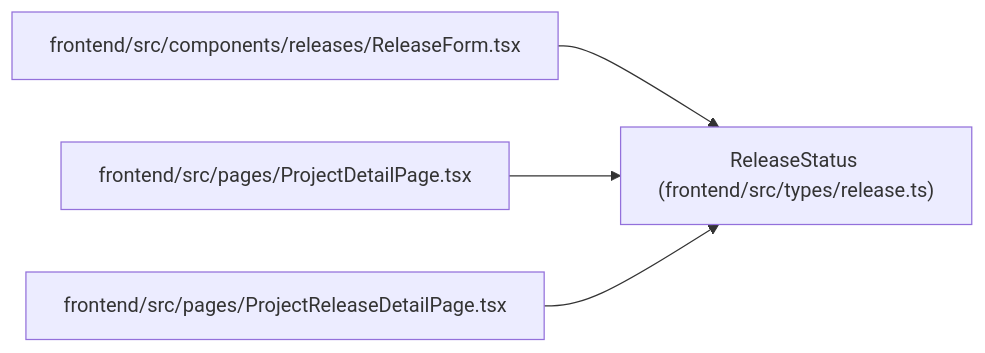
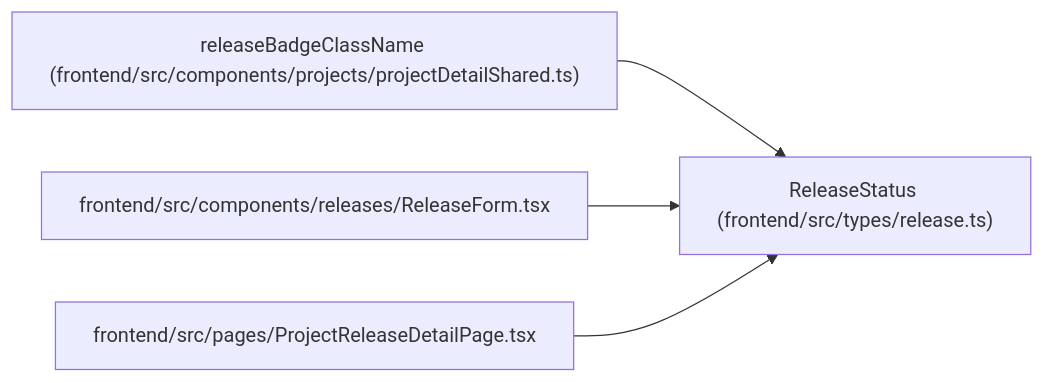
One commit to Denissvgn/WorkChord changed the diagram in docs/llm_wiki/entities/types_release_ReleaseStatus.md. Above: the diagram before and after it, drawn with Mermaid. The commit also changed other lines of this file and 2373 other files, not shown here.

````diff
--- a/docs/llm_wiki/entities/types_release_ReleaseStatus.md
+++ b/docs/llm_wiki/entities/types_release_ReleaseStatus.md
@@ -28,14 +28,14 @@
 ```mermaid
 flowchart LR
     n0["ReleaseStatus (frontend/src/types/release.ts)"]
-    n1["frontend/src/components/releases/ReleaseForm.tsx"]
-    n2["frontend/src/pages/ProjectDetailPage.tsx"]
+    n1["releaseBadgeClassName (frontend/src/components/projects/projectDetailShared.ts)"]
+    n2["frontend/src/components/releases/ReleaseForm.tsx"]
     n3["frontend/src/pages/ProjectReleaseDetailPage.tsx"]
     n1 --> n0
     n2 --> n0
     n3 --> n0
     click n0 "../modules/types_release.md"
-    click n1 "../modules/ReleaseForm.md"
-    click n2 "../modules/ProjectDetailPage.md"
+    click n1 "../modules/projectDetailShared.md"
+    click n2 "../modules/ReleaseForm.md"
     click n3 "../modules/ProjectReleaseDetailPage.md"
 ```
````
